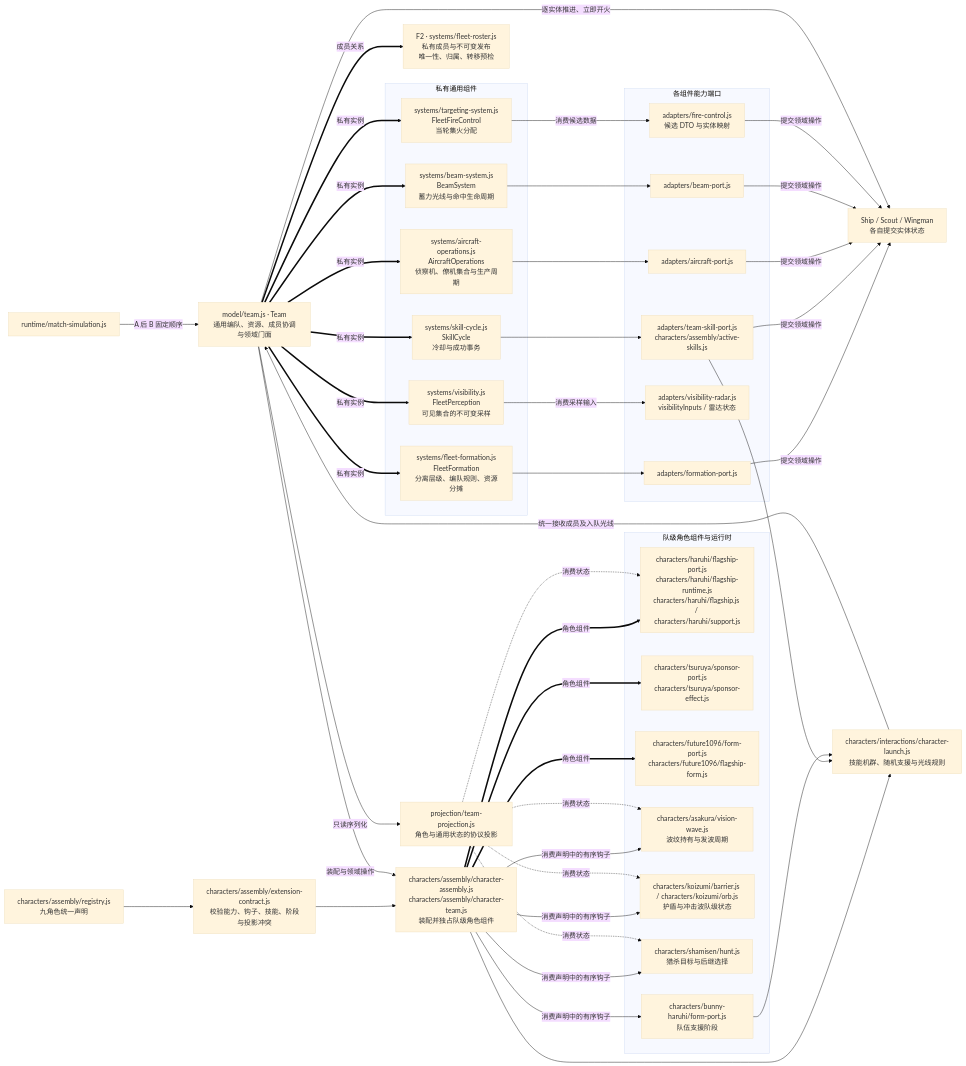
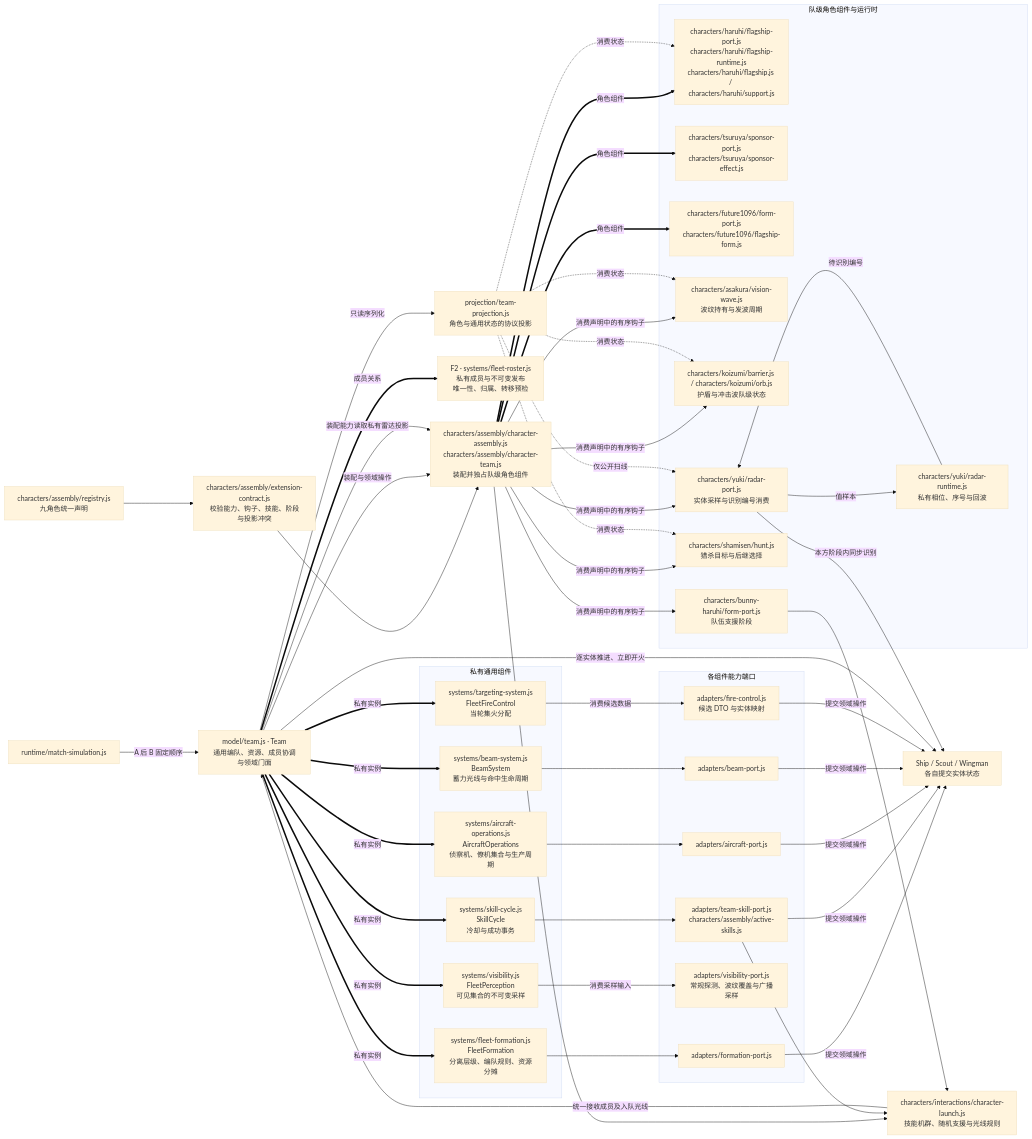
The third of 9 diagrams in docs/architecture-map.md (Haruhi-Labs/TDOS), drawn with Mermaid (base theme) before and after one commit. The commit also changed other lines of this file and 17 other files, not shown here.

````diff
--- a/docs/architecture-map.md
+++ b/docs/architecture-map.md
@@ -132,56 +132,63 @@
 ```mermaid
 flowchart LR
   T["model/team.js · Team<br/>通用编队、资源、成员协调与领域门面"]
   MEM["F2 · systems/fleet-roster.js<br/>私有成员与不可变发布<br/>唯一性、归属、转移预检"]
   subgraph generic[私有通用组件]
     F["systems/fleet-formation.js<br/>FleetFormation<br/>分离层级、编队规则、资源分摊"]
     SK["systems/skill-cycle.js<br/>SkillCycle<br/>冷却与成功事务"]
     AC["systems/aircraft-operations.js<br/>AircraftOperations<br/>侦察机、僚机集合与生产周期"]
     BM["systems/beam-system.js<br/>BeamSystem<br/>蓄力光线与命中生命周期"]
     V["systems/visibility.js<br/>FleetPerception<br/>可见集合的不可变采样"]
     FC["systems/targeting-system.js<br/>FleetFireControl<br/>当轮集火分配"]
   end
   subgraph adapters[各组件能力端口]
     FP["adapters/formation-port.js"]
     SP["adapters/team-skill-port.js<br/>characters/assembly/active-skills.js"]
     AP["adapters/aircraft-port.js"]
     BP["adapters/beam-port.js"]
-    VP["adapters/visibility-radar.js<br/>visibilityInputs / 雷达状态"]
+    VP["adapters/visibility-port.js<br/>常规探测、波纹覆盖与广播采样"]
     FCP["adapters/fire-control.js<br/>候选 DTO 与实体映射"]
   end
   subgraph specific[队级角色组件与运行时]
     HF["characters/haruhi/flagship-port.js<br/>characters/haruhi/flagship-runtime.js<br/>characters/haruhi/flagship.js / characters/haruhi/support.js"]
     SF["characters/tsuruya/sponsor-port.js<br/>characters/tsuruya/sponsor-effect.js"]
     FF["characters/future1096/form-port.js<br/>characters/future1096/flagship-form.js"]
     VW["characters/asakura/vision-wave.js<br/>波纹持有与发波周期"]
     KB["characters/koizumi/barrier.js / characters/koizumi/orb.js<br/>护盾与冲击波队级状态"]
+    RP["characters/yuki/radar-port.js<br/>实体采样与识别编号消费"]
+    RR["characters/yuki/radar-runtime.js<br/>私有相位、序号与回波"]
     SH["characters/shamisen/hunt.js<br/>猎杀目标与后继选择"]
     BH["characters/bunny-haruhi/form-port.js<br/>队伍支援阶段"]
   end
   M["runtime/match-simulation.js"]
   S["Ship / Scout / Wingman<br/>各自提交实体状态"]
   T ==>|成员关系| MEM
   T ==>|私有实例| F & SK & AC & BM & V & FC
   F --> FP
   SK --> SP
   AC --> AP
   BM --> BP
   V -->|消费采样输入| VP
   FC -->|消费候选数据| FCP
   FP & SP & AP & BP & FCP -->|提交领域操作| S
   ASSEMBLY["characters/assembly/character-assembly.js<br/>characters/assembly/character-team.js<br/>装配并独占队级角色组件"]
   EXT["characters/assembly/registry.js<br/>九角色统一声明"]
   CONTRACT["characters/assembly/extension-contract.js<br/>校验能力、钩子、技能、阶段与投影冲突"]
   EXT --> CONTRACT --> ASSEMBLY
   T -->|装配与领域操作| ASSEMBLY
   ASSEMBLY ==>|角色组件| HF & SF & FF
-  ASSEMBLY -->|消费声明中的有序钩子| VW & KB & SH & BH
+  ASSEMBLY -->|消费声明中的有序钩子| VW & KB & SH & BH & RP
+  RP -->|值样本| RR
+  RR -->|待识别编号| RP
+  RP -->|本方阶段内同步识别| S
+  T -->|装配能力读取私有雷达投影| ASSEMBLY
+  TP -.->|仅公开扫线| RP
   LAUNCH["characters/interactions/character-launch.js<br/>技能机群、随机支援与光线规则"]
   ASSEMBLY & SP & BH --> LAUNCH
   LAUNCH -->|统一接收成员及入队光线| T
   M -->|A 后 B 固定顺序| T
   T -->|逐实体推进、立即开火| S
   TP["projection/team-projection.js<br/>角色与通用状态的协议投影"]
   T -->|只读序列化| TP
   TP -.->|消费状态| VW & KB & SH & HF
 ```
````
